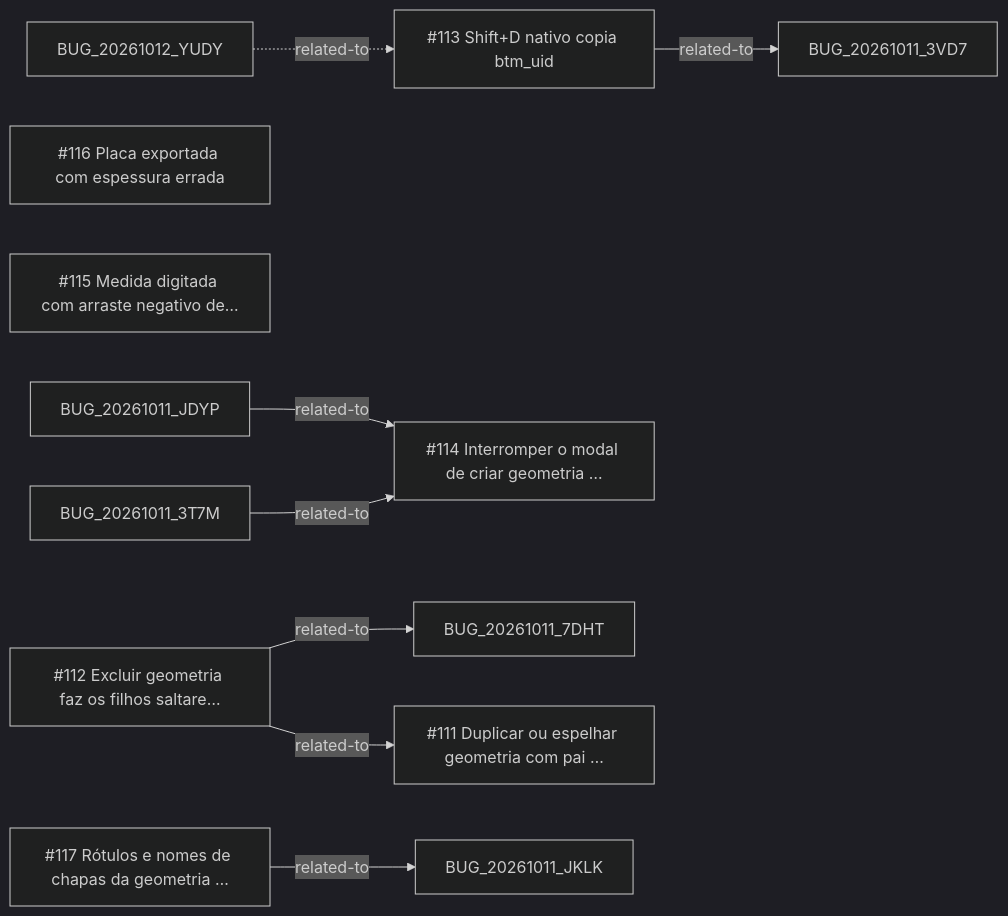
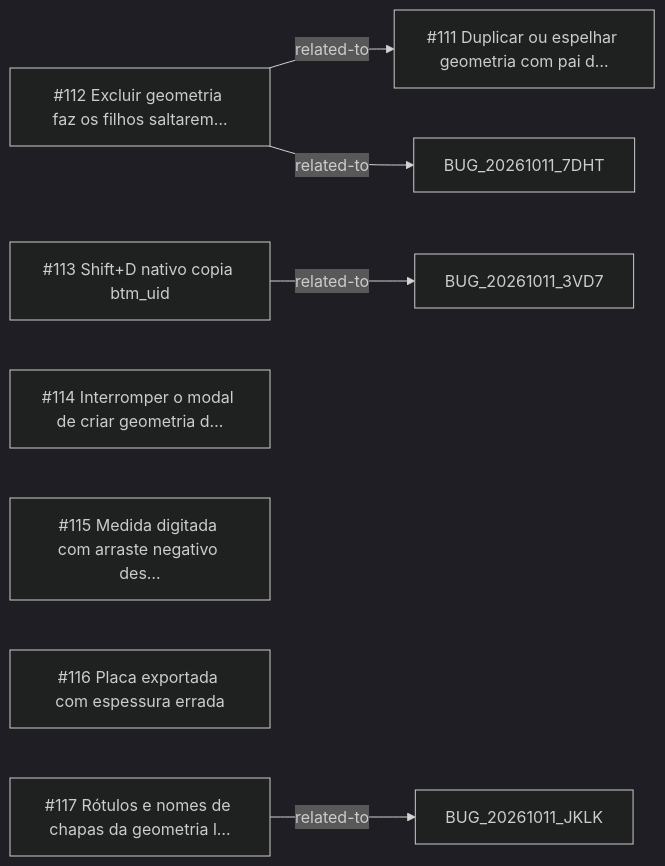
One commit to CAFFDIGITALPLATFORM/caffmob_draw changed the diagram in _reversa_bugs/geometry_free/generated/graph.md. Above: the diagram before and after it, drawn with Mermaid (dark theme). The commit also changed other lines of this file and 220 other files, not shown here.

````diff
--- a/_reversa_bugs/geometry_free/generated/graph.md
+++ b/_reversa_bugs/geometry_free/generated/graph.md
@@ -5,17 +5,14 @@
 ```mermaid
 graph LR
-  BUG_20261011_GUHQ["#112 Excluir geometria faz os filhos saltare…"]
+  BUG_20261011_ELOZ["#111 Duplicar ou espelhar geometria com pai d…"]
+  BUG_20261011_GUHQ["#112 Excluir geometria faz os filhos saltarem…"]
   BUG_20261011_SKDL["#113 Shift+D nativo copia btm_uid"]
+  BUG_20261011_TLCT["#114 Interromper o modal de criar geometria d…"]
+  BUG_20261011_NOAU["#115 Medida digitada com arraste negativo des…"]
   BUG_20261011_L6YN["#116 Placa exportada com espessura errada"]
-  BUG_20261011_ELOZ["#111 Duplicar ou espelhar geometria com pai …"]
-  BUG_20261011_TLCT["#114 Interromper o modal de criar geometria …"]
-  BUG_20261011_NOAU["#115 Medida digitada com arraste negativo de…"]
-  BUG_20261011_DLHX["#117 Rótulos e nomes de chapas da geometria …"]
-  BUG_20261012_YUDY -.->|related-to| BUG_20261011_SKDL
-  BUG_20261011_DLHX -->|related-to| BUG_20261011_JKLK
+  BUG_20261011_DLHX["#117 Rótulos e nomes de chapas da geometria l…"]
   BUG_20261011_GUHQ -->|related-to| BUG_20261011_ELOZ
   BUG_20261011_GUHQ -->|related-to| BUG_20261011_7DHT
   BUG_20261011_SKDL -->|related-to| BUG_20261011_3VD7
-  BUG_20261011_3T7M -->|related-to| BUG_20261011_TLCT
-  BUG_20261011_JDYP -->|related-to| BUG_20261011_TLCT
+  BUG_20261011_DLHX -->|related-to| BUG_20261011_JKLK
 ```
````
